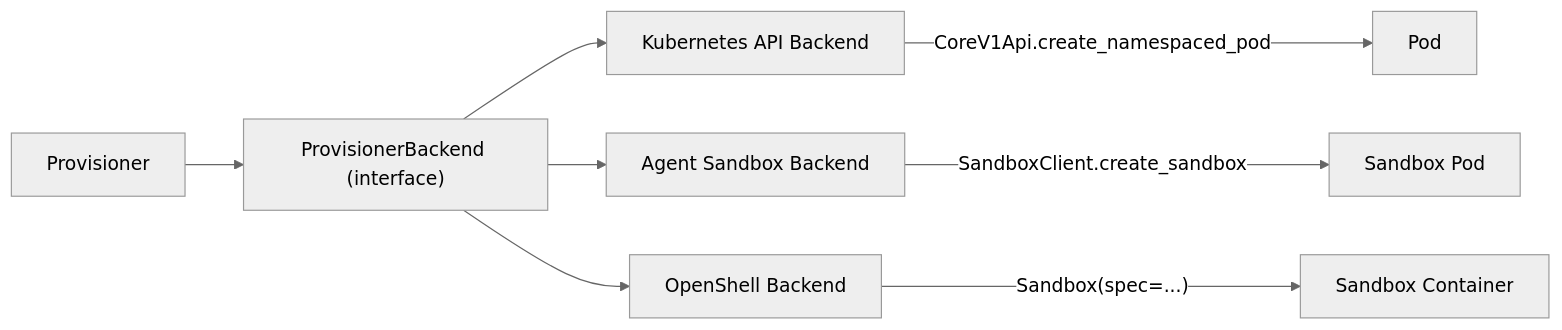
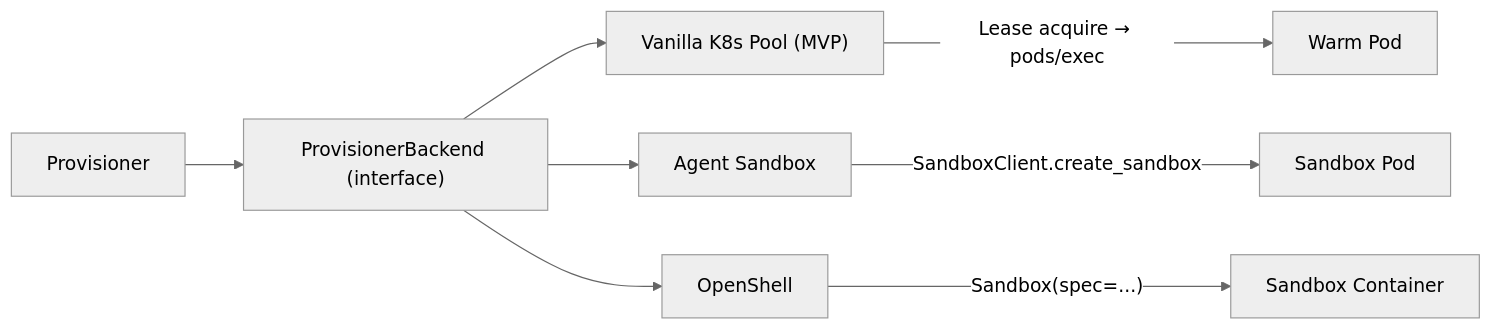
The first of 9 diagrams in backend/docs/execution-plane-invocation.md (manstis/syntara), drawn with Mermaid (neutral theme) before and after one commit. The commit also changed other lines of this file, not shown here.

Commit message:
chore: Vanilla k8s Worker Pool ponderings.

````diff
--- a/backend/docs/execution-plane-invocation.md
+++ b/backend/docs/execution-plane-invocation.md
@@ -30,12 +38,12 @@
 ```mermaid
 graph LR
     P["Provisioner"]
     P --> IF["ProvisionerBackend (interface)"]
-    IF --> K8s["Kubernetes API Backend"]
-    IF --> AS["Agent Sandbox Backend"]
-    IF --> OS["OpenShell Backend"]
+    IF --> VK["Vanilla K8s Pool (MVP)"]
+    IF --> AS["Agent Sandbox"]
+    IF --> OS["OpenShell"]
 
-    K8s -->|"CoreV1Api.create_namespaced_pod"| Pod1["Pod"]
+    VK -->|"Lease acquire → pods/exec"| Pod1["Warm Pod"]
     AS -->|"SandboxClient.create_sandbox"| Pod2["Sandbox Pod"]
     OS -->|"Sandbox(spec=...)"| Pod3["Sandbox Container"]
 ```
````
